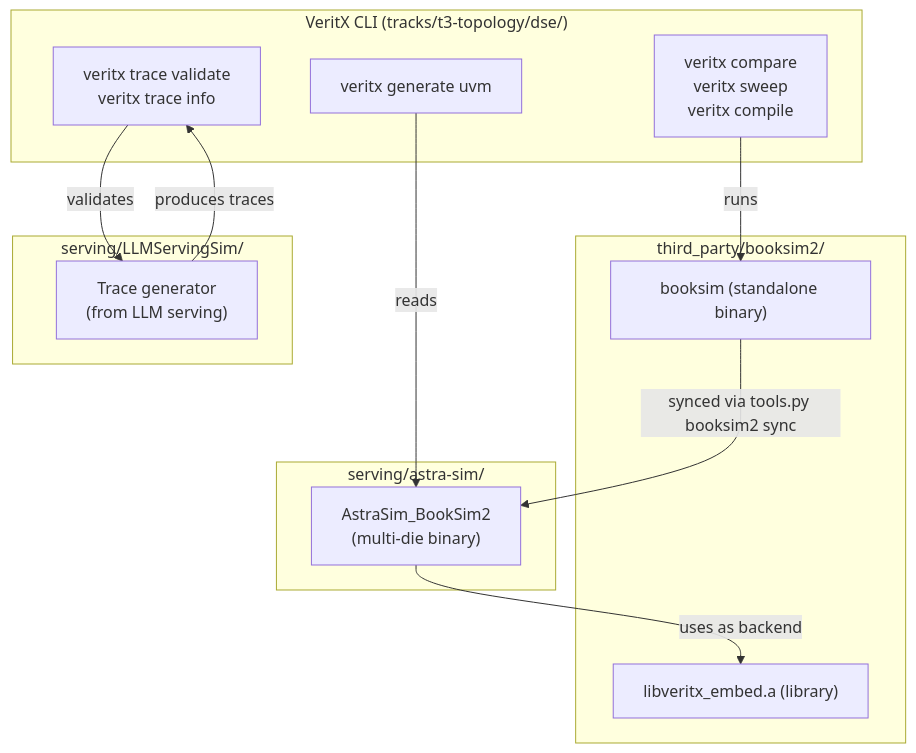
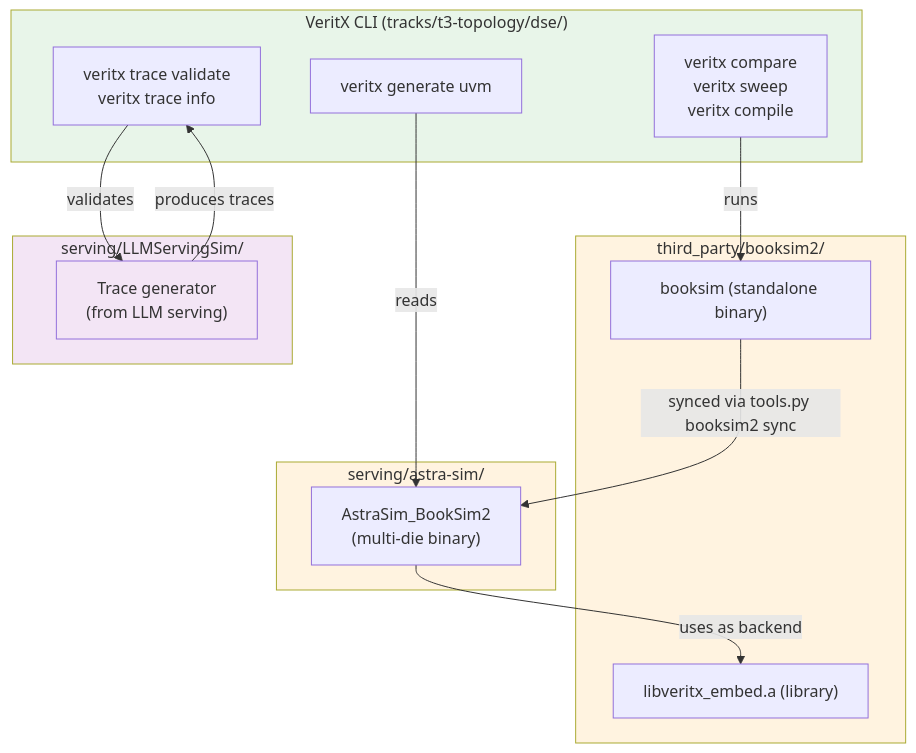
Before and after one commit to Anmol-S314/veritx-research: the ninth of 17 diagrams in tracks/t3-topology/dse/README.md, drawn with Mermaid. The commit also changed other lines of this file and 1 other file, not shown here.

First line of the commit message:
docs: color-code all 22 Mermaid diagrams with consistent scheme

````diff
--- a/tracks/t3-topology/dse/README.md
+++ b/tracks/t3-topology/dse/README.md
@@ -1264,28 +1290,33 @@
 ```mermaid
 flowchart TD
     subgraph VeritX["VeritX CLI (tracks/t3-topology/dse/)"]
         V1["veritx compare\nveritx sweep\nveritx compile"]
         V2["veritx generate uvm"]
         V3["veritx trace validate\nveritx trace info"]
     end
 
     subgraph BookSim["third_party/booksim2/"]
         B1["booksim (standalone binary)"]
         B2["libveritx_embed.a (library)"]
     end
 
     subgraph ASTRA["serving/astra-sim/"]
         A1["AstraSim_BookSim2\n(multi-die binary)"]
     end
 
     subgraph LLM["serving/LLMServingSim/"]
         L1["Trace generator\n(from LLM serving)"]
     end
 
     V1 -->|"runs"| B1
     V2 -->|"reads"| A1
     V3 -->|"validates"| L1
     A1 -->|"uses as backend"| B2
     B1 -->|"synced via tools.py booksim2 sync"| A1
     L1 -->|"produces traces"| V3
+    style ASTRA fill:#fff3e0
+    style BookSim fill:#fff3e0
+    style L1 fill:#f3e5f5
+    style LLM fill:#f3e5f5
+    style VeritX fill:#e8f5e9
 ```
````
